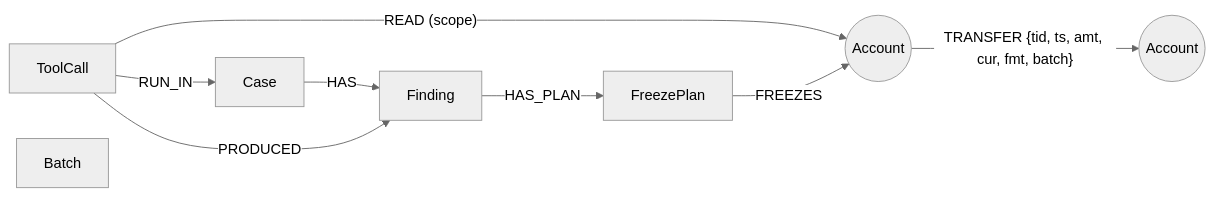
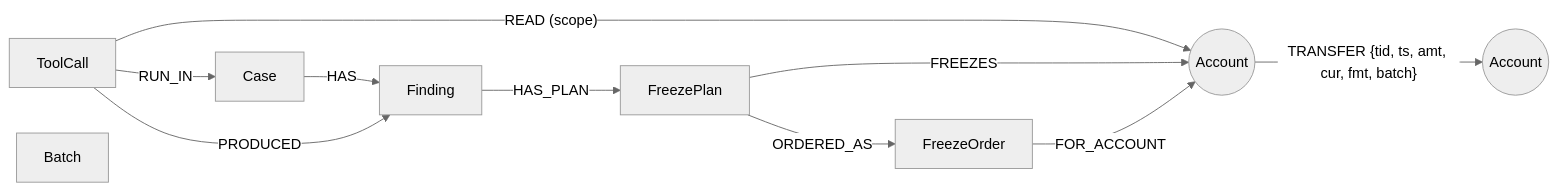
The first of 2 diagrams in README.md (Hackmaass/Chokepoint), drawn with Mermaid (neutral theme) before and after one commit. The commit also changed other lines of this file, not shown here.

````diff
--- a/README.md
+++ b/README.md
@@ -74,11 +84,13 @@
 ```mermaid
 graph LR
   A1((Account)) -- "TRANSFER {tid, ts, amt, cur, fmt, batch}" --> A2((Account))
   C[Case] -- HAS --> F[Finding]
   TC[ToolCall] -- RUN_IN --> C
   TC -- PRODUCED --> F
   TC -- "READ (scope)" --> A1
   F -- HAS_PLAN --> P[FreezePlan]
   P -- FREEZES --> A1
+  P -- ORDERED_AS --> O[FreezeOrder]
+  O -- FOR_ACCOUNT --> A1
   B[Batch]
 ```
````
